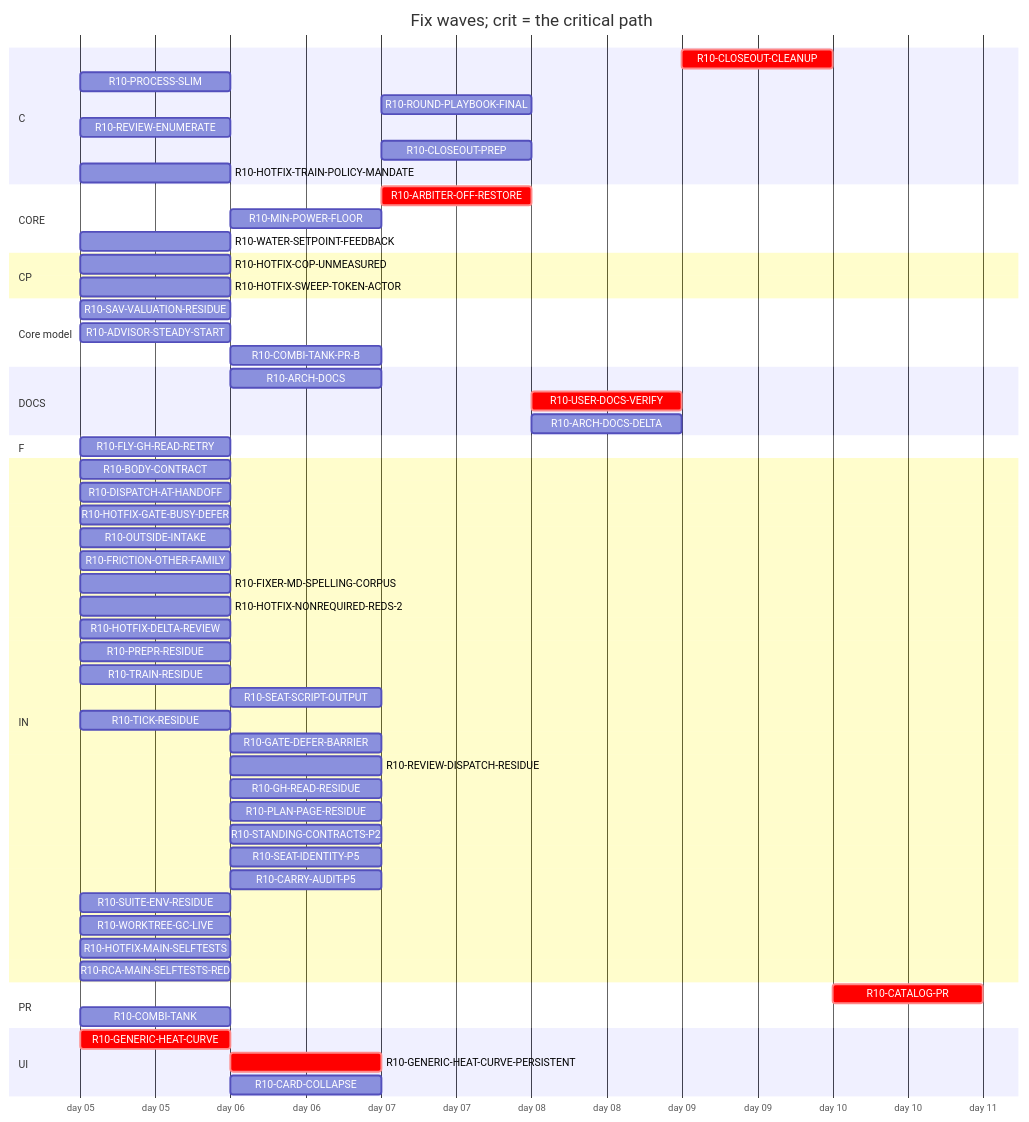
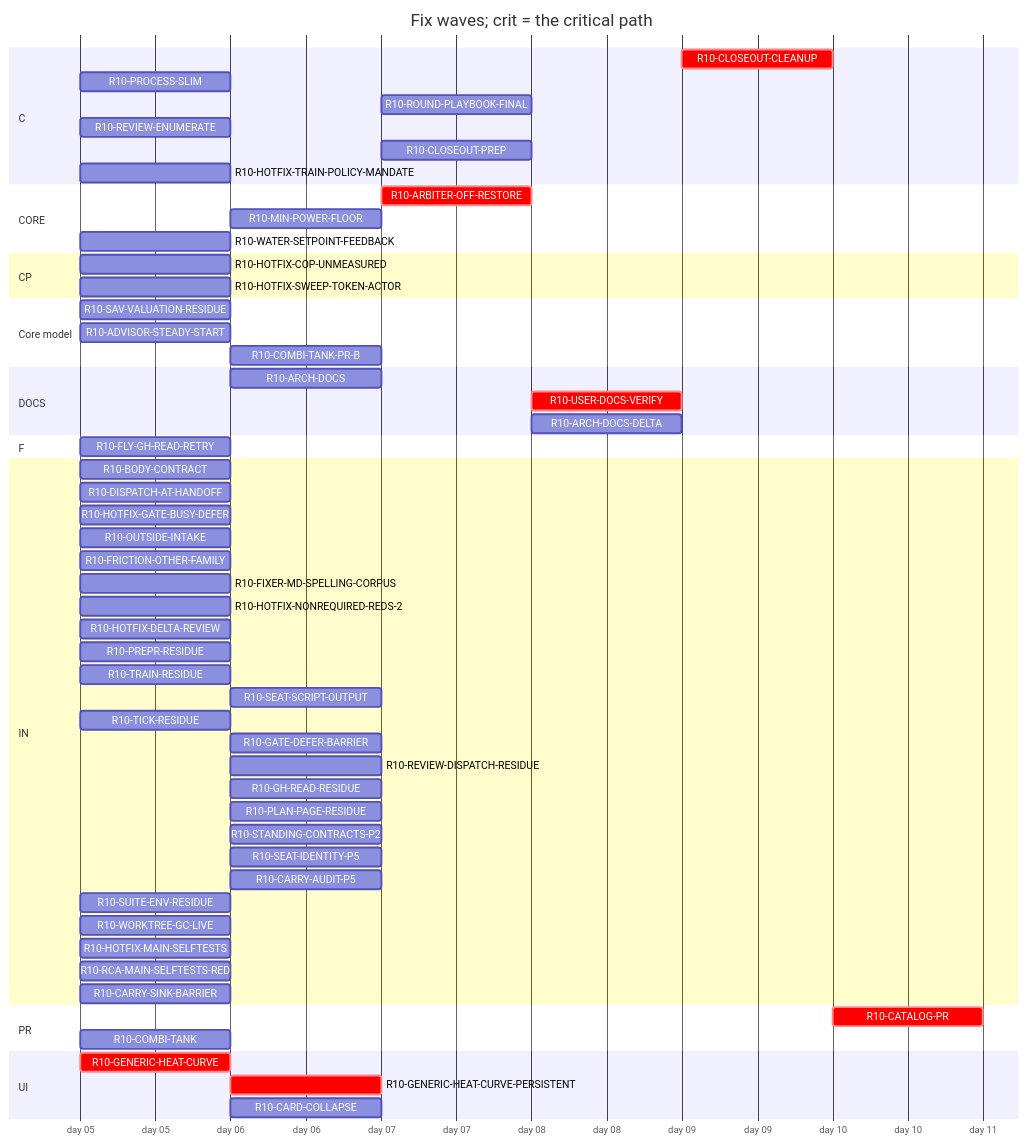
Before and after one commit to tvofi/heatpump_optimizer: the diagram in handoff/round10/state/PLAN-TABLE.md, drawn with Mermaid. The commit also changed other lines of this file and 3 other files, not shown here.

Commit message:
state: FLOW-BOARD.md, NEXT-SESSION-PROMPT.md, PLAN-TABLE.md, RESUME-CURRENT.md regenerated (state_docs.py)

````diff
--- a/handoff/round10/state/PLAN-TABLE.md
+++ b/handoff/round10/state/PLAN-TABLE.md
@@ -22,61 +22,62 @@
 ```mermaid
 gantt
   title Fix waves; crit = the critical path
   dateFormat YYYY-MM-DD
   axisFormat day %d
   section C
     R10-CLOSEOUT-CLEANUP :crit, r10CLOSEOUTCLEANUP, after r10ARCHDOCS r10USERDOCSVERIFY r10ROUNDPLAYBOOKFINAL r10FRICTIONOTHERFAMILY r10CLOSEOUTPREP r10ARCHDOCSDELTA, 1d
     R10-PROCESS-SLIM :r10PROCESSSLIM, 2026-01-05, 1d
     R10-ROUND-PLAYBOOK-FINAL :r10ROUNDPLAYBOOKFINAL, after r10DISPATCHATHANDOFF r10BODYCONTRACT r10FLYGHREADRETRY r10PROCESSSLIM r10OUTSIDEINTAKE r10FRICTIONOTHERFAMILY r10FIXERMDSPELLINGCORPUS r10PREPRRESIDUE r10SEATSCRIPTOUTPUT r10REVIEWDISPATCHRESIDUE r10CARRYAUDITP5 r10TICKRESIDUE r10SEATIDENTITYP5 r10STANDINGCONTRACTSP2 r10PLANPAGERESIDUE r10TRAINRESIDUE r10GHREADRESIDUE r10SUITEENVRESIDUE r10GATEDEFERBARRIER r10WORKTREEGCLIVE, 1d
     R10-REVIEW-ENUMERATE :r10REVIEWENUMERATE, 2026-01-05, 1d
     R10-CLOSEOUT-PREP :r10CLOSEOUTPREP, after r10ARCHDOCS r10DISPATCHATHANDOFF r10BODYCONTRACT r10FLYGHREADRETRY r10PROCESSSLIM r10OUTSIDEINTAKE r10FRICTIONOTHERFAMILY r10FIXERMDSPELLINGCORPUS r10PREPRRESIDUE r10SEATSCRIPTOUTPUT r10REVIEWDISPATCHRESIDUE r10CARRYAUDITP5 r10TICKRESIDUE r10SEATIDENTITYP5 r10STANDINGCONTRACTSP2 r10PLANPAGERESIDUE r10TRAINRESIDUE r10GHREADRESIDUE r10SUITEENVRESIDUE r10GATEDEFERBARRIER r10WORKTREEGCLIVE, 1d
     R10-HOTFIX-TRAIN-POLICY-MANDATE :r10HOTFIXTRAINPOLICYMANDATE, 2026-01-05, 1d
   section CORE
     R10-ARBITER-OFF-RESTORE :crit, r10ARBITEROFFRESTORE, after r10GENERICHEATCURVE r10GENERICHEATCURVEPERSISTENT r10WATERSETPOINTFEEDBACK, 1d
     R10-MIN-POWER-FLOOR :r10MINPOWERFLOOR, after r10HOTFIXCOPUNMEASURED r10GENERICHEATCURVE, 1d
     R10-WATER-SETPOINT-FEEDBACK :r10WATERSETPOINTFEEDBACK, 2026-01-05, 1d
   section CP
     R10-HOTFIX-COP-UNMEASURED :r10HOTFIXCOPUNMEASURED, 2026-01-05, 1d
     R10-HOTFIX-SWEEP-TOKEN-ACTOR :r10HOTFIXSWEEPTOKENACTOR, 2026-01-05, 1d
   section Core model
     R10-SAV-VALUATION-RESIDUE :r10SAVVALUATIONRESIDUE, 2026-01-05, 1d
     R10-ADVISOR-STEADY-START :r10ADVISORSTEADYSTART, 2026-01-05, 1d
     R10-COMBI-TANK-PR-B :r10COMBITANKPRB, after r10COMBITANK, 1d
   section DOCS
     R10-ARCH-DOCS :r10ARCHDOCS, after r10DISPATCHATHANDOFF r10BODYCONTRACT r10FLYGHREADRETRY r10PROCESSSLIM r10OUTSIDEINTAKE r10FRICTIONOTHERFAMILY, 1d
     R10-USER-DOCS-VERIFY :crit, r10USERDOCSVERIFY, after r10HOTFIXCOPUNMEASURED r10GENERICHEATCURVE r10GENERICHEATCURVEPERSISTENT r10ARBITEROFFRESTORE r10COMBITANK r10MINPOWERFLOOR, 1d
     R10-ARCH-DOCS-DELTA :r10ARCHDOCSDELTA, after r10ARCHDOCS r10HOTFIXCOPUNMEASURED r10GENERICHEATCURVE r10GENERICHEATCURVEPERSISTENT r10ARBITEROFFRESTORE r10COMBITANK r10MINPOWERFLOOR r10SAVVALUATIONRESIDUE r10ADVISORSTEADYSTART r10COMBITANKPRB, 1d
   section F
     R10-FLY-GH-READ-RETRY :r10FLYGHREADRETRY, 2026-01-05, 1d
   section IN
     R10-BODY-CONTRACT :r10BODYCONTRACT, 2026-01-05, 1d
     R10-DISPATCH-AT-HANDOFF :r10DISPATCHATHANDOFF, 2026-01-05, 1d
     R10-HOTFIX-GATE-BUSY-DEFER :r10HOTFIXGATEBUSYDEFER, 2026-01-05, 1d
     R10-OUTSIDE-INTAKE :r10OUTSIDEINTAKE, 2026-01-05, 1d
     R10-FRICTION-OTHER-FAMILY :r10FRICTIONOTHERFAMILY, 2026-01-05, 1d
     R10-FIXER-MD-SPELLING-CORPUS :r10FIXERMDSPELLINGCORPUS, 2026-01-05, 1d
     R10-HOTFIX-NONREQUIRED-REDS-2 :r10HOTFIXNONREQUIREDREDS2, 2026-01-05, 1d
     R10-HOTFIX-DELTA-REVIEW :r10HOTFIXDELTAREVIEW, 2026-01-05, 1d
     R10-PREPR-RESIDUE :r10PREPRRESIDUE, 2026-01-05, 1d
     R10-TRAIN-RESIDUE :r10TRAINRESIDUE, 2026-01-05, 1d
     R10-SEAT-SCRIPT-OUTPUT :r10SEATSCRIPTOUTPUT, after r10TRAINRESIDUE, 1d
     R10-TICK-RESIDUE :r10TICKRESIDUE, 2026-01-05, 1d
     R10-GATE-DEFER-BARRIER :r10GATEDEFERBARRIER, after r10TRAINRESIDUE r10TICKRESIDUE, 1d
     R10-REVIEW-DISPATCH-RESIDUE :r10REVIEWDISPATCHRESIDUE, after r10DISPATCHATHANDOFF r10REVIEWENUMERATE r10HOTFIXDELTAREVIEW r10PROCESSSLIM, 1d
     R10-GH-READ-RESIDUE :r10GHREADRESIDUE, after r10FLYGHREADRETRY, 1d
     R10-PLAN-PAGE-RESIDUE :r10PLANPAGERESIDUE, after r10OUTSIDEINTAKE, 1d
     R10-STANDING-CONTRACTS-P2 :r10STANDINGCONTRACTSP2, after r10FIXERMDSPELLINGCORPUS, 1d
     R10-SEAT-IDENTITY-P5 :r10SEATIDENTITYP5, after r10TICKRESIDUE, 1d
     R10-CARRY-AUDIT-P5 :r10CARRYAUDITP5, after r10BODYCONTRACT, 1d
     R10-SUITE-ENV-RESIDUE :r10SUITEENVRESIDUE, 2026-01-05, 1d
     R10-WORKTREE-GC-LIVE :r10WORKTREEGCLIVE, 2026-01-05, 1d
     R10-HOTFIX-MAIN-SELFTESTS :r10HOTFIXMAINSELFTESTS, 2026-01-05, 1d
     R10-RCA-MAIN-SELFTESTS-RED :r10RCAMAINSELFTESTSRED, 2026-01-05, 1d
+    R10-CARRY-SINK-BARRIER :r10CARRYSINKBARRIER, 2026-01-05, 1d
   section PR
     R10-CATALOG-PR :crit, r10CATALOGPR, after r10USERDOCSVERIFY r10ARCHDOCS r10ROUNDPLAYBOOKFINAL r10CLOSEOUTCLEANUP r10CLOSEOUTPREP r10ARCHDOCSDELTA, 1d
     R10-COMBI-TANK :r10COMBITANK, 2026-01-05, 1d
   section UI
     R10-GENERIC-HEAT-CURVE :crit, r10GENERICHEATCURVE, 2026-01-05, 1d
     R10-GENERIC-HEAT-CURVE-PERSISTENT :crit, r10GENERICHEATCURVEPERSISTENT, after r10GENERICHEATCURVE, 1d
     R10-CARD-COLLAPSE :r10CARDCOLLAPSE, after r10HOTFIXCOPUNMEASURED, 1d
 ```
````
